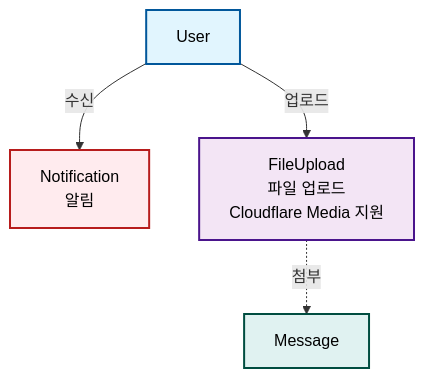
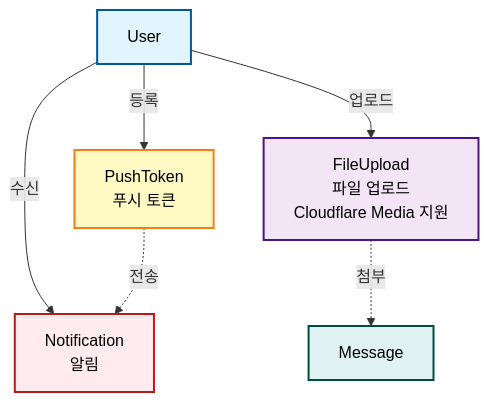
One commit to maximizest/connecto-nest changed the sixth of 9 diagrams in .md/entity-relationship-diagram.md. Above: the diagram before and after it, drawn with Mermaid. The commit also changed other lines of this file, not shown here.

````diff
--- a/.md/entity-relationship-diagram.md
+++ b/.md/entity-relationship-diagram.md
@@ -122,16 +153,20 @@
 ```mermaid
 graph TB
     User[User]
     Notification[Notification<br/>알림]
+    PushToken[PushToken<br/>푸시 토큰]
     FileUpload[FileUpload<br/>파일 업로드<br/>Cloudflare Media 지원]
     Message[Message]
     
     User -->|수신| Notification
+    User -->|등록| PushToken
     User -->|업로드| FileUpload
     FileUpload -.->|첨부| Message
+    PushToken -.->|전송| Notification
     
     style User fill:#e1f5fe,stroke:#01579b,stroke-width:2px,color:#000
     style Notification fill:#ffebee,stroke:#b71c1c,stroke-width:2px,color:#000
+    style PushToken fill:#fff9c4,stroke:#f57f17,stroke-width:2px,color:#000
     style FileUpload fill:#f3e5f5,stroke:#4a148c,stroke-width:2px,color:#000
     style Message fill:#e0f2f1,stroke:#004d40,stroke-width:2px,color:#000
 ```
````
